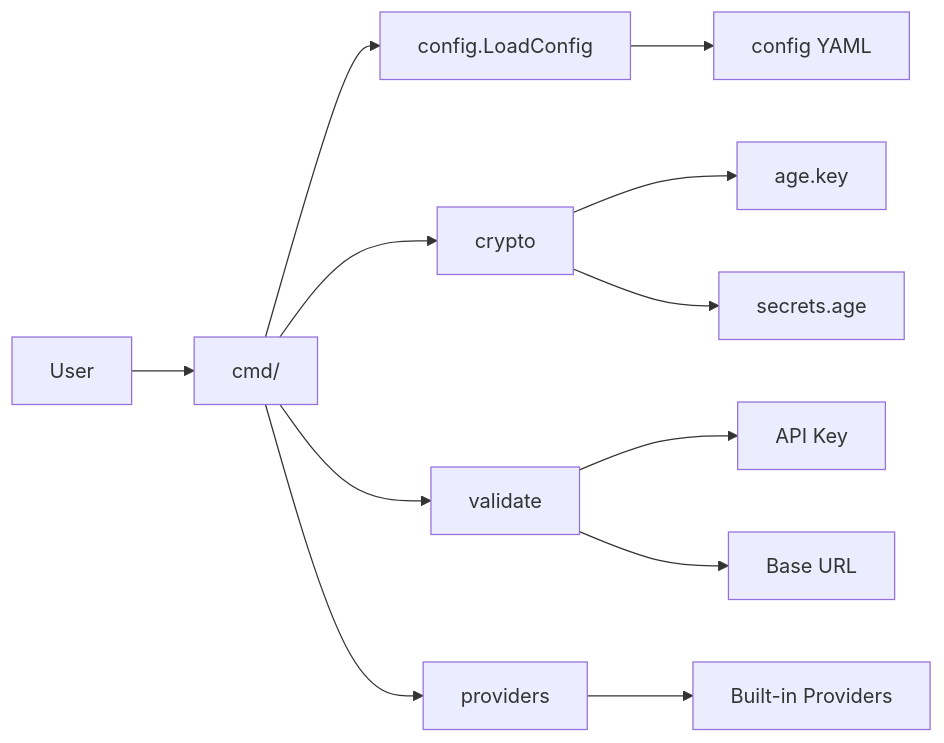
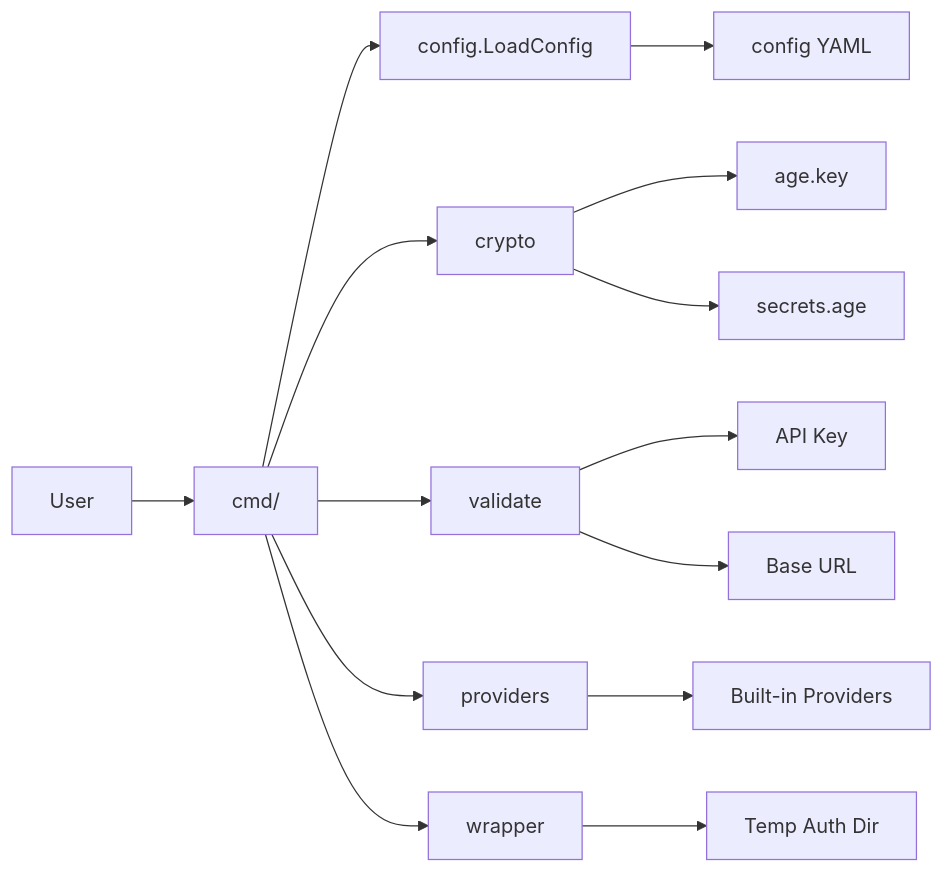
One commit to dkmnx/kairo changed the second of 2 diagrams in internal/README.md. Above: the diagram before and after it, drawn with Mermaid. The commit also changed 3 other files, not shown here.

````diff
--- a/internal/README.md
+++ b/internal/README.md
@@ -276,14 +276,16 @@
 ```mermaid
 flowchart LR
     User[User] --> CLI[cmd/]
     CLI --> Config[config.LoadConfig]
     Config --> YAML[config YAML]
     CLI --> Crypto[crypto]
     Crypto --> AgeKey[age.key]
     Crypto --> SecretsAge[secrets.age]
     CLI --> Validate[validate]
     Validate --> APIKey[API Key]
     Validate --> URL[Base URL]
     CLI --> Providers[providers]
     Providers --> Registry[Built-in Providers]
+    CLI --> Wrapper[wrapper]
+    Wrapper --> AuthDir[Temp Auth Dir]
 ```
````
